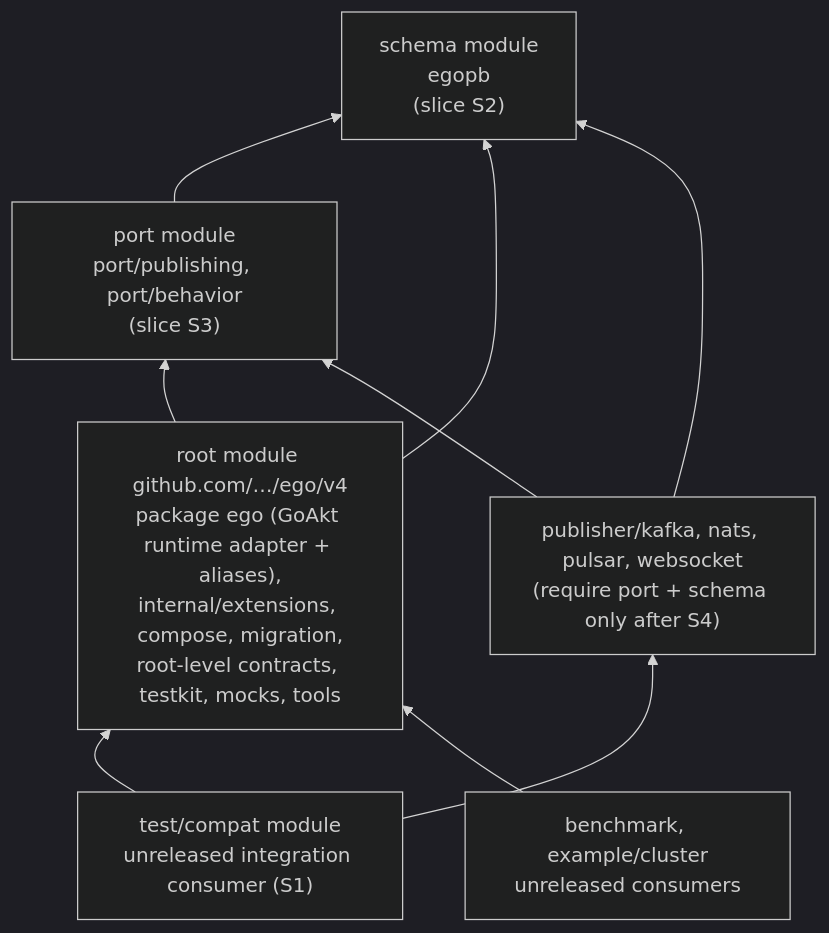
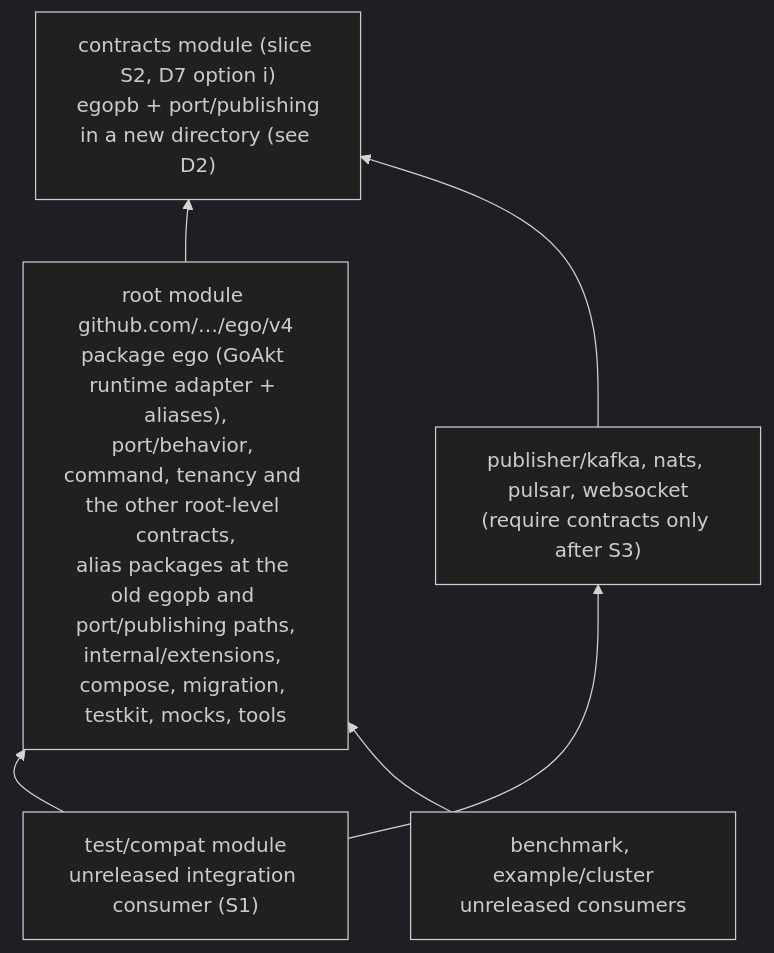
One commit to getsyntegrity/ego changed the diagram in openspec/changes/ego-arch-006/design.md. Above: the diagram before and after it, drawn with Mermaid (dark theme). The commit also changed other lines of this file and 2 other files, not shown here.

Commit message:
docs(arch): resolve review findings on module topology ADR (#102)

````diff
--- a/openspec/changes/ego-arch-006/design.md
+++ b/openspec/changes/ego-arch-006/design.md
@@ -35,18 +40,14 @@
 ```mermaid
 flowchart BT
-  schema["schema module<br/>egopb<br/>(slice S2)"]
-  port["port module<br/>port/publishing, port/behavior<br/>(slice S3)"]
-  root["root module github.com/…/ego/v4<br/>package ego (GoAkt runtime adapter + aliases),<br/>internal/extensions, compose, migration,<br/>root-level contracts, testkit, mocks, tools"]
-  pubs["publisher/kafka, nats, pulsar, websocket<br/>(require port + schema only after S4)"]
+  contracts["contracts module (slice S2, D7 option i)<br/>egopb + port/publishing<br/>in a new directory (see D2)"]
+  root["root module github.com/…/ego/v4<br/>package ego (GoAkt runtime adapter + aliases),<br/>port/behavior, command, tenancy and the other root-level contracts,<br/>alias packages at the old egopb and port/publishing paths,<br/>internal/extensions, compose, migration, testkit, mocks, tools"]
+  pubs["publisher/kafka, nats, pulsar, websocket<br/>(require contracts only after S3)"]
   compat["test/compat module<br/>unreleased integration consumer (S1)"]
   cons["benchmark, example/cluster<br/>unreleased consumers"]
 
-  port --> schema
-  root --> port
-  root --> schema
-  pubs --> port
-  pubs --> schema
+  root --> contracts
+  pubs --> contracts
   compat --> root
   compat --> pubs
   cons --> root
 ```
````
